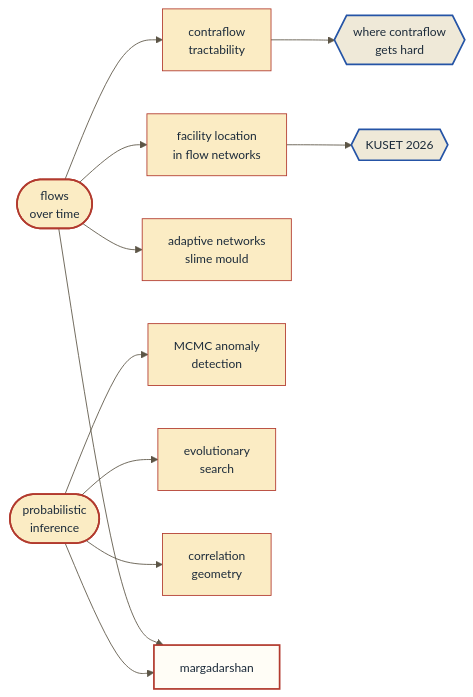
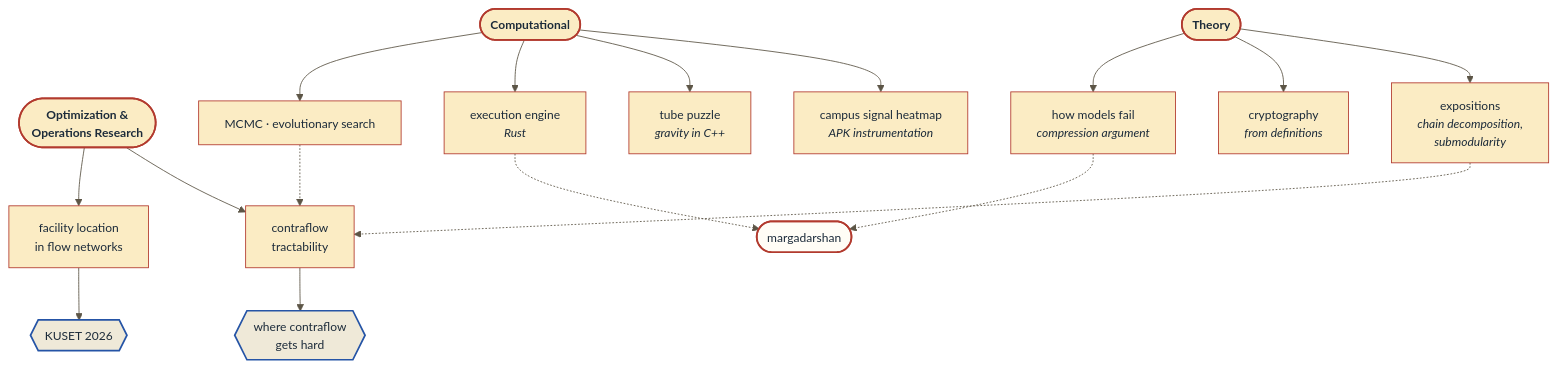
The diagram in README.md (suecarjayeswal/suecarjayeswal), drawn with Mermaid before and after one commit. The commit also changed other lines of this file, not shown here.

Commit message:
Revise README with project insights and updates
Updated the README to include personal project experiences and refined descriptions of various projects.

````diff
--- a/README.md
+++ b/README.md
@@ -21,26 +33,34 @@
 ```mermaid
 %%{init: {'theme':'base','themeVariables':{'primaryColor':'#FBECC4','primaryTextColor':'#1C2B3A','primaryBorderColor':'#B23A2E','lineColor':'#5C5546','secondaryColor':'#EFE9D8','tertiaryColor':'#FFFDF6','fontFamily':'Georgia, serif','fontSize':'14px'}}}%%
-flowchart LR
-  NF(["flows<br/>over time"])
-  PI(["probabilistic<br/>inference"])
+flowchart TD
+  C(["<b>Computational</b>"])
+  T(["<b>Theory</b>"])
+  O(["<b>Optimization &<br/>Operations Research</b>"])
 
-  NF --> CT["contraflow<br/>tractability"]
-  NF --> FL["facility location<br/>in flow networks"]
-  NF --> SM["adaptive networks<br/>slime mould"]
+  C --> C1["campus signal heatmap<br/><i>APK instrumentation</i>"]
+  C --> C2["tube puzzle<br/><i>gravity in C++</i>"]
+  C --> C3["execution engine<br/><i>Rust</i>"]
+  C --> C4["MCMC · evolutionary search"]
 
-  PI --> MC["MCMC anomaly<br/>detection"]
-  PI --> EV["evolutionary<br/>search"]
-  PI --> CG["correlation<br/>geometry"]
+  T --> T1["expositions<br/><i>chain decomposition,<br/>submodularity</i>"]
+  T --> T2["cryptography<br/><i>from definitions</i>"]
+  T --> T3["how models fail<br/><i>compression argument</i>"]
 
-  CT --> T1{{"where contraflow<br/>gets hard"}}
-  FL --> T2{{"KUSET 2026"}}
+  O --> O1["contraflow<br/>tractability"]
+  O --> O2["facility location<br/>in flow networks"]
 
-  NF --> MG["margadarshan"]
-  PI --> MG
+  T1 -.-> O1
+  C4 -.-> O1
+  C3 -.-> MG(["margadarshan"])
+  T3 -.-> MG
 
-  style NF fill:#FBECC4,stroke:#B23A2E,stroke-width:2px
-  style PI fill:#FBECC4,stroke:#B23A2E,stroke-width:2px
-  style T1 fill:#EFE9D8,stroke:#2554A6,stroke-width:2px
-  style T2 fill:#EFE9D8,stroke:#2554A6,stroke-width:2px
+  O1 --> P1{{"where contraflow<br/>gets hard"}}
+  O2 --> P2{{"KUSET 2026"}}
+
+  style C fill:#FBECC4,stroke:#B23A2E,stroke-width:2px
+  style T fill:#FBECC4,stroke:#B23A2E,stroke-width:2px
+  style O fill:#FBECC4,stroke:#B23A2E,stroke-width:2px
+  style P1 fill:#EFE9D8,stroke:#2554A6,stroke-width:2px
+  style P2 fill:#EFE9D8,stroke:#2554A6,stroke-width:2px
   style MG fill:#FFFDF6,stroke:#B23A2E,stroke-width:2px
 ```
````
